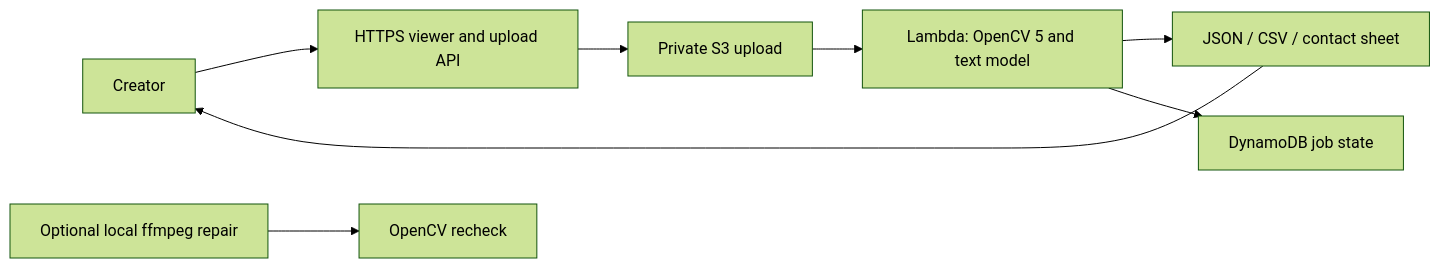
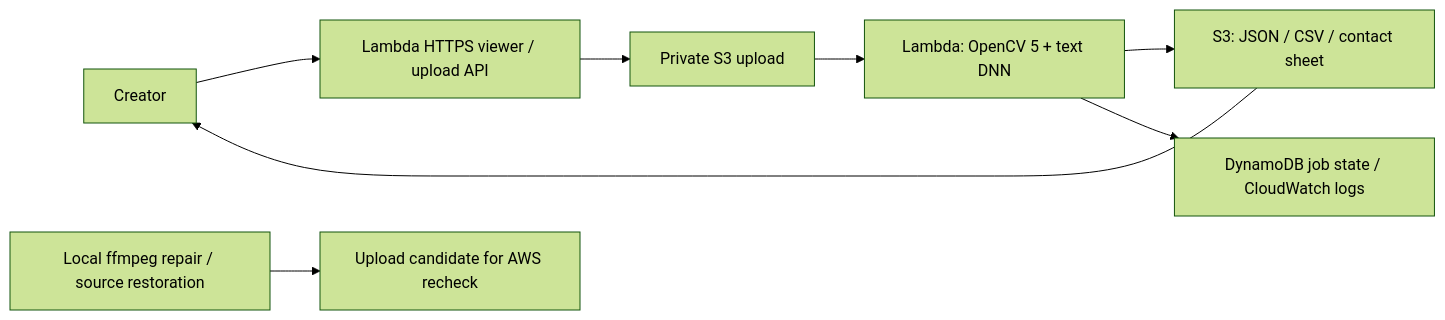
The diagram in README.md (kks0488/shorts-qc), drawn with Mermaid (forest theme) before and after one commit. The commit also changed other lines of this file and 11 other files, not shown here.

````diff
--- a/README.md
+++ b/README.md
@@ -13,10 +13,10 @@
 ```mermaid
 flowchart LR
-  Creator --> API[HTTPS viewer and upload API]
+  Creator --> API[Lambda HTTPS viewer / upload API]
   API --> S3[Private S3 upload]
-  S3 --> CV[Lambda: OpenCV 5 and text model]
-  CV --> Reports[JSON / CSV / contact sheet]
-  CV --> State[DynamoDB job state]
+  S3 --> CV[Lambda: OpenCV 5 + text DNN]
+  CV --> Reports[S3: JSON / CSV / contact sheet]
+  CV --> State[DynamoDB job state / CloudWatch logs]
   Reports --> Creator
-  Local[Optional local ffmpeg repair] --> Recheck[OpenCV recheck]
+  Local[Local ffmpeg repair / source restoration] --> Recheck[Upload candidate for AWS recheck]
 ```
````
